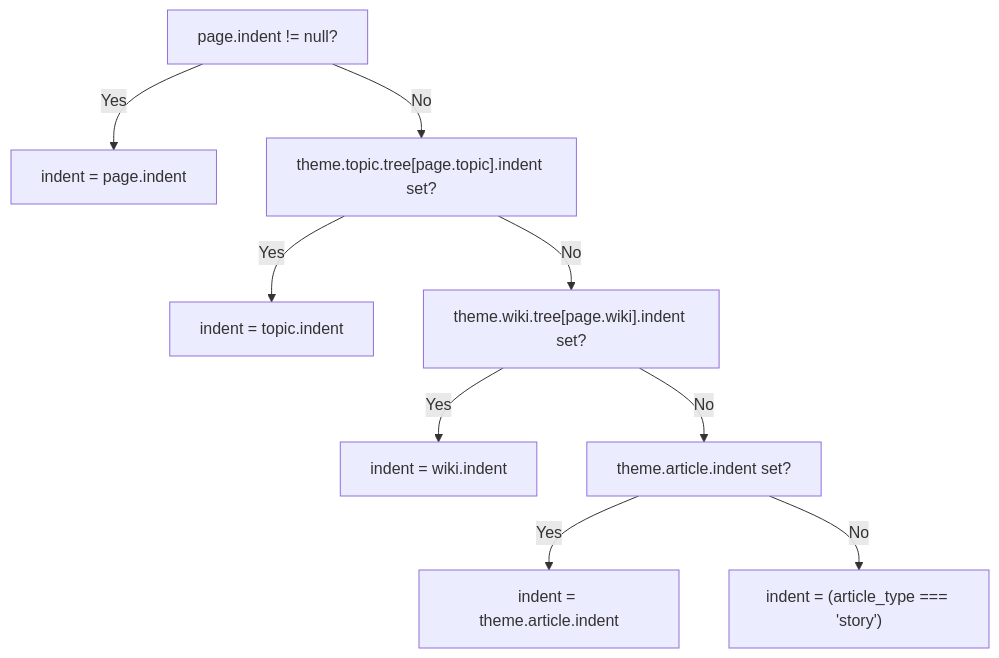
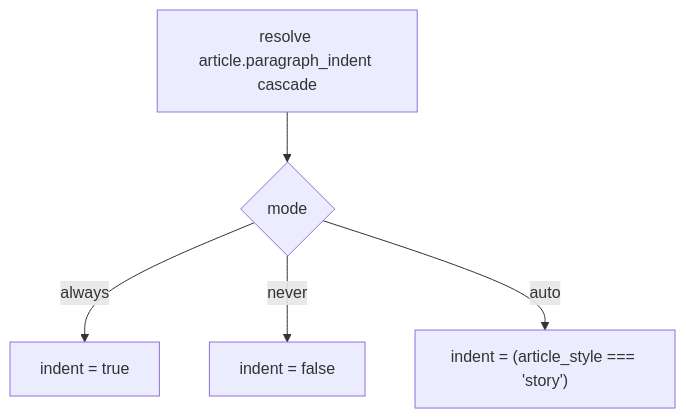
One commit to xaoxuu/hexo-theme-stellar changed the fourth of 5 diagrams in docs/knowledge/02-布局系统/page-templates-routing.md. Above: the diagram before and after it, drawn with Mermaid. The commit also changed other lines of this file and 861 other files, not shown here.

````diff
--- a/docs/knowledge/02-布局系统/page-templates-routing.md
+++ b/docs/knowledge/02-布局系统/page-templates-routing.md
@@ -143,11 +145,7 @@
 ```mermaid
 flowchart TD
-    A["page.indent != null?"] -->|Yes| B["indent = page.indent"]
-    A -->|No| C["theme.topic.tree[page.topic].indent set?"]
-    C -->|Yes| D["indent = topic.indent"]
-    C -->|No| E["theme.wiki.tree[page.wiki].indent set?"]
-    E -->|Yes| F["indent = wiki.indent"]
-    E -->|No| G["theme.article.indent set?"]
-    G -->|Yes| H["indent = theme.article.indent"]
-    G -->|No| I["indent = (article_type === 'story')"]
+    A["resolve article.paragraph_indent cascade"] --> B{"mode"}
+    B -->|always| C["indent = true"]
+    B -->|never| D["indent = false"]
+    B -->|auto| E["indent = (article_style === 'story')"]
 ```
````
